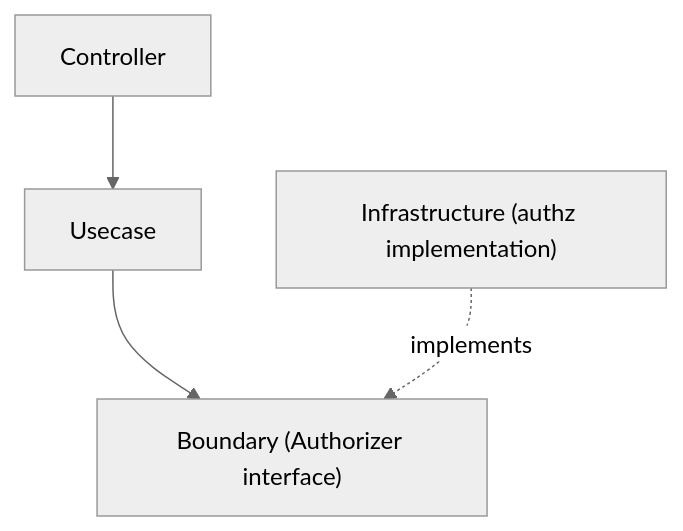
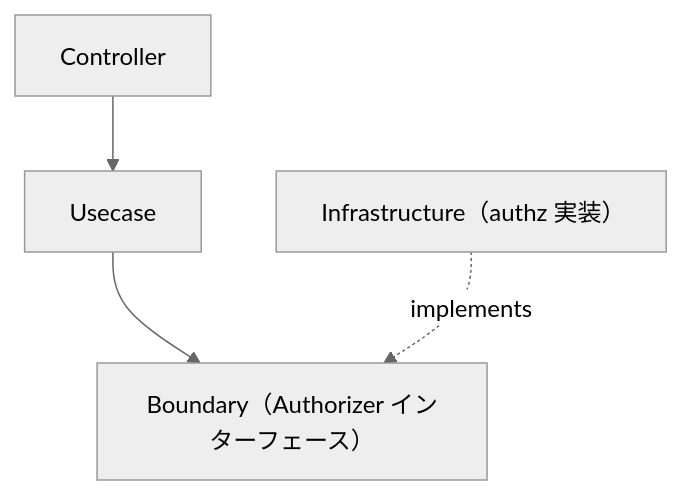
The diagram in internal/infrastructure/authz/README.md (Tomy-ch/go-boilerplate), drawn with Mermaid (neutral theme) before and after one commit. The commit also changed other lines of this file and 970 other files, not shown here.

````diff
--- a/internal/infrastructure/authz/README.md
+++ b/internal/infrastructure/authz/README.md
@@ -20,7 +20,7 @@
 ```mermaid
 flowchart TB
 
 Controller --> Usecase
-Usecase --> Boundary["Boundary (Authorizer interface)"]
-Infrastructure["Infrastructure (authz implementation)"] -. implements .-> Boundary
+Usecase --> Boundary["Boundary（Authorizer インターフェース）"]
+Infrastructure["Infrastructure（authz 実装）"] -. implements .-> Boundary
 ```
````
